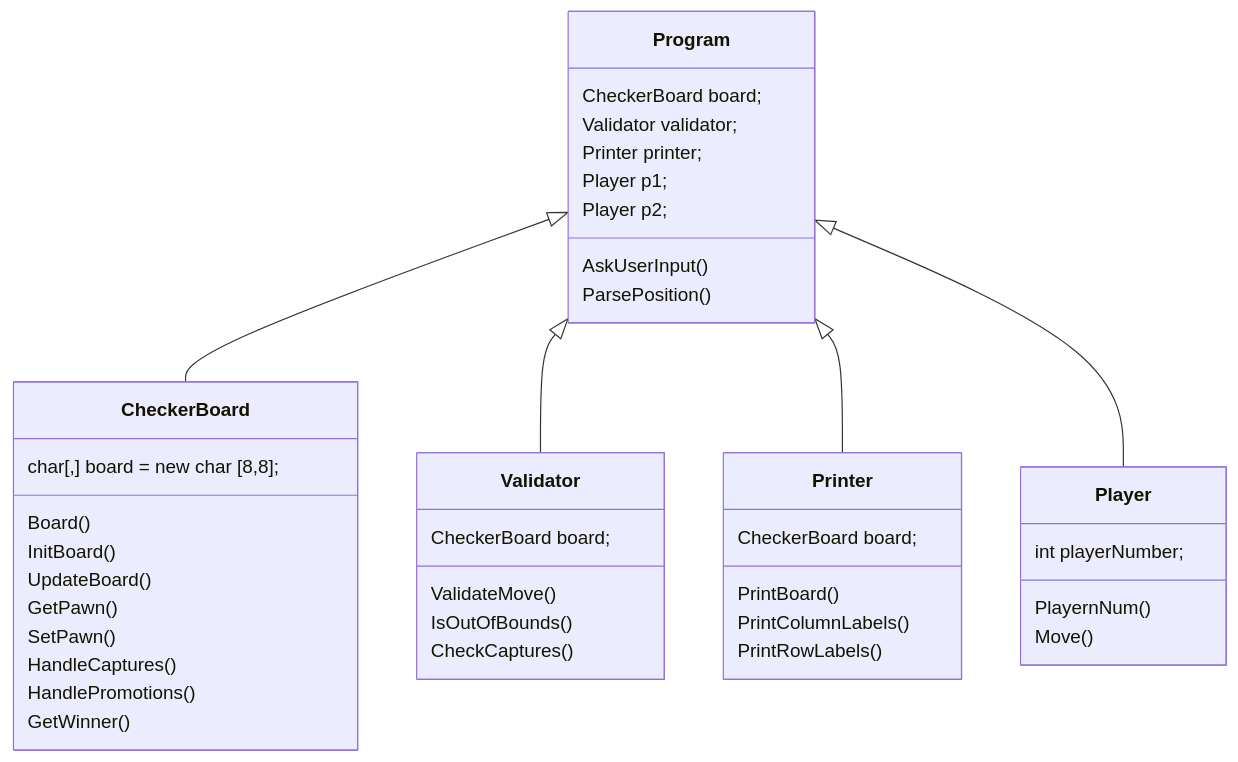
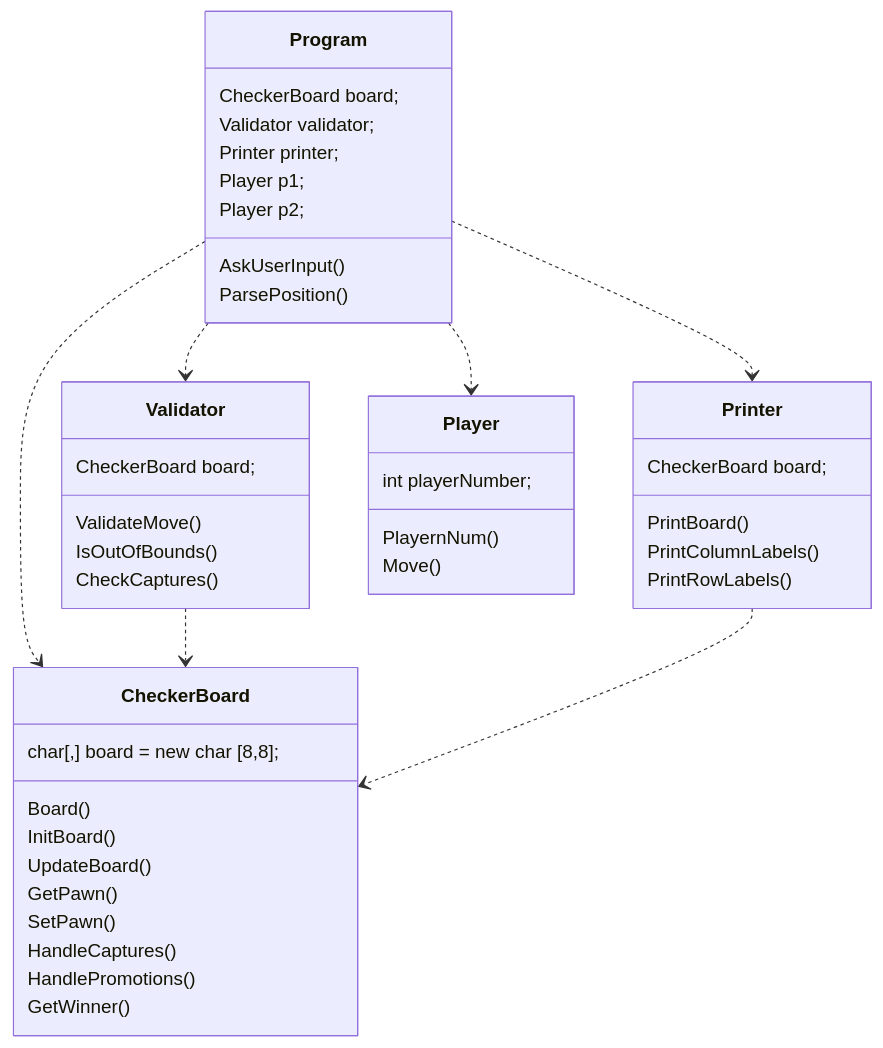
One commit to joonashkra/checkers changed the diagram in classes.md. Above: the diagram before and after it, drawn with Mermaid.

````diff
--- a/classes.md
+++ b/classes.md
@@ -1,44 +1,49 @@
 ```mermaid
+
 classDiagram
-    Program <|-- CheckerBoard
-    Program <|-- Validator
-    Program <|-- Printer
-    Program <|-- Player
+    Program ..> CheckerBoard
+    Program ..> Validator
+    Validator ..> CheckerBoard
+    Printer ..> CheckerBoard
+    Program ..> Printer
+    Program ..> Player
+
     class Program {
         CheckerBoard board;
         Validator validator;
+
         Printer printer;
         Player p1;
         Player p2;
         AskUserInput()
         ParsePosition()
     }
     class CheckerBoard {
       char[,] board = new char [8,8];
       Board()
       InitBoard()
       UpdateBoard()
         GetPawn()
         SetPawn()
         HandleCaptures()
         HandlePromotions()
         GetWinner()
     }
     class Printer {
         CheckerBoard board;
         PrintBoard()
         PrintColumnLabels()
         PrintRowLabels()
     }
     class Validator {
         CheckerBoard board;
         ValidateMove()
         IsOutOfBounds()
         CheckCaptures()
     }
     class Player {
       int playerNumber;
       PlayernNum()
       Move()
     }
 ```
````
